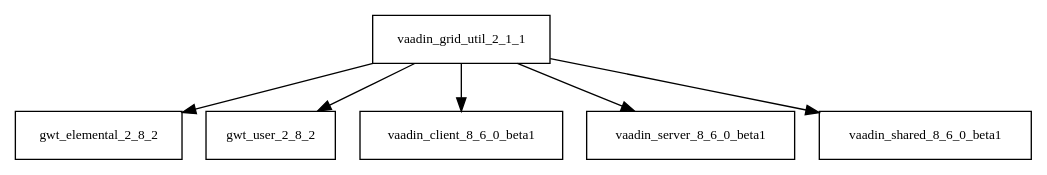
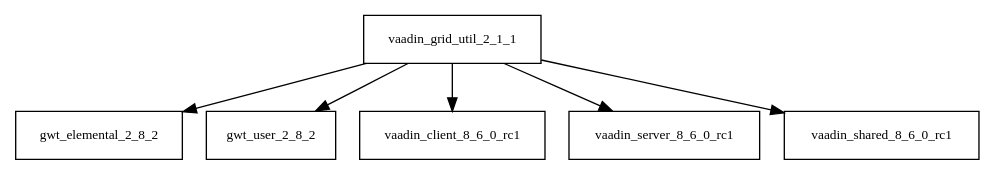
Before and after one commit to Hack23/cia: the diagram in tattleTaleReport/graphviz/vaadin-grid-util-2.1.1.jar/vaadin-grid-util-2.1.1.jar.dot, drawn with Graphviz. The commit also changed 1393 other files, not shown here.

```diff
--- a/tattleTaleReport/graphviz/vaadin-grid-util-2.1.1.jar/vaadin-grid-util-2.1.1.jar.dot
+++ b/tattleTaleReport/graphviz/vaadin-grid-util-2.1.1.jar/vaadin-grid-util-2.1.1.jar.dot
@@ -1,8 +1,8 @@
 digraph vaadin_grid_util_2_1_1_dependencies {
   node [shape = box, fontsize=10.0];
   vaadin_grid_util_2_1_1 -> gwt_elemental_2_8_2;
   vaadin_grid_util_2_1_1 -> gwt_user_2_8_2;
-  vaadin_grid_util_2_1_1 -> vaadin_client_8_6_0_beta1;
-  vaadin_grid_util_2_1_1 -> vaadin_server_8_6_0_beta1;
-  vaadin_grid_util_2_1_1 -> vaadin_shared_8_6_0_beta1;
+  vaadin_grid_util_2_1_1 -> vaadin_client_8_6_0_rc1;
+  vaadin_grid_util_2_1_1 -> vaadin_server_8_6_0_rc1;
+  vaadin_grid_util_2_1_1 -> vaadin_shared_8_6_0_rc1;
 }
```
